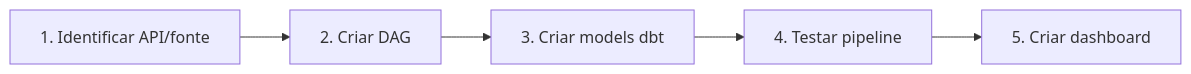
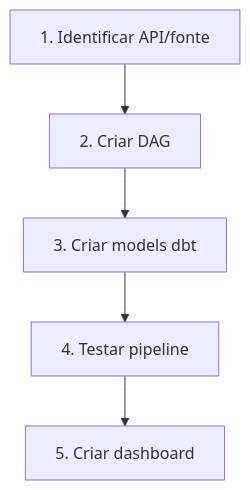
One commit to egewarth/capacitacao-govhub changed the diagram in docs/plataforma/adocao/conectar-fontes.md. Above: the diagram before and after it, drawn with Mermaid. The commit also changed 5 other files, not shown here.

Commit message:
docs: diagramas largos da trilha de adoção passam a caber na coluna da aula

````diff
--- a/docs/plataforma/adocao/conectar-fontes.md
+++ b/docs/plataforma/adocao/conectar-fontes.md
@@ -14,7 +14,7 @@
 ```mermaid
-graph LR
+graph TD
     A[1. Identificar API/fonte] --> B[2. Criar DAG]
     B --> C[3. Criar models dbt]
     C --> D[4. Testar pipeline]
     D --> E[5. Criar dashboard]
 ```
````
